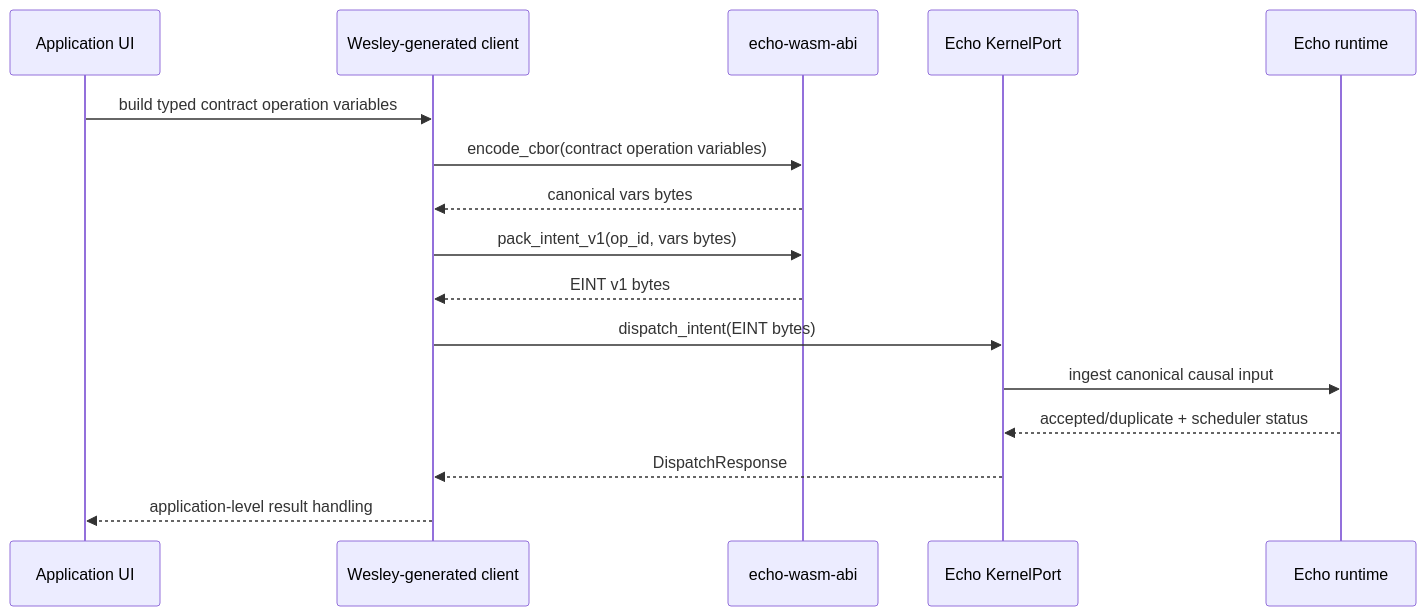
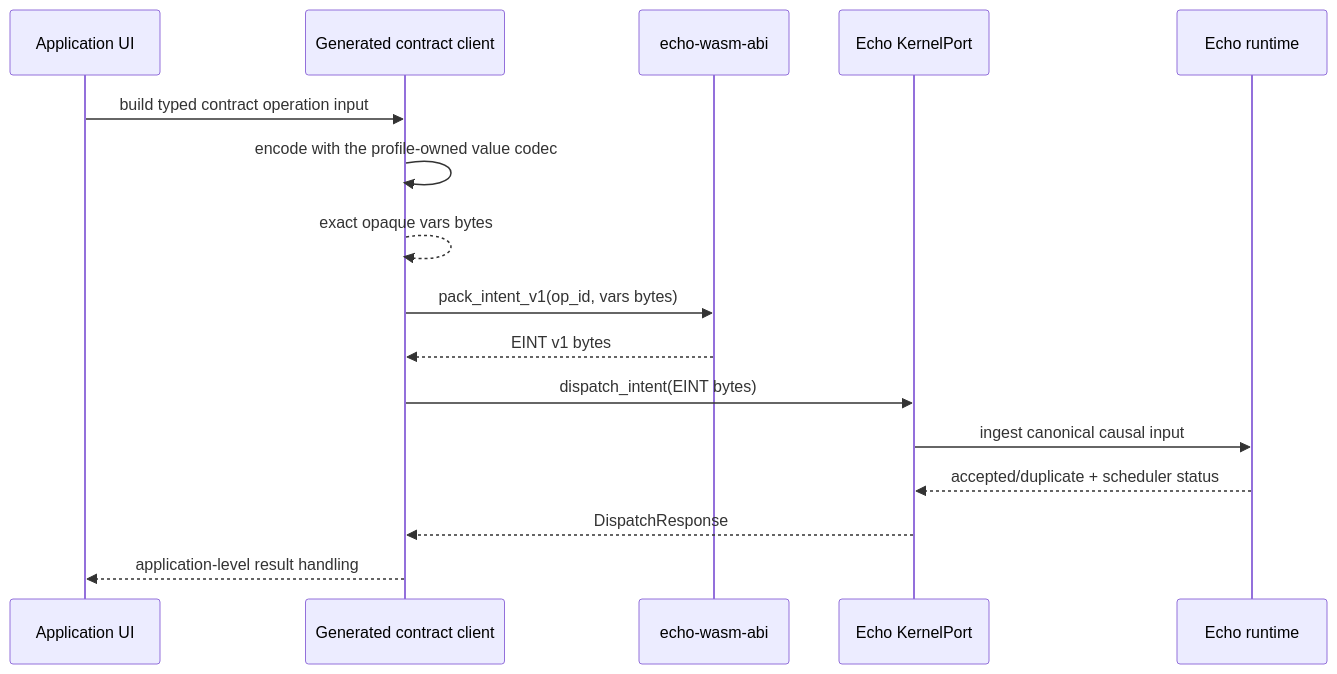
Before and after one commit to flyingrobots/echo: the second of 8 diagrams in docs/architecture/application-contract-hosting.md, drawn with Mermaid. The commit also changed other lines of this file and 83 other files, not shown here.

````diff
--- a/docs/architecture/application-contract-hosting.md
+++ b/docs/architecture/application-contract-hosting.md
@@ -506,19 +537,19 @@
 ```mermaid
 sequenceDiagram
     participant UI as Application UI
-    participant Gen as Wesley-generated client
+    participant Gen as Generated contract client
     participant ABI as echo-wasm-abi
     participant Echo as Echo KernelPort
     participant Runtime as Echo runtime
 
-    UI->>Gen: build typed contract operation variables
-    Gen->>ABI: encode_cbor(contract operation variables)
-    ABI-->>Gen: canonical vars bytes
+    UI->>Gen: build typed contract operation input
+    Gen->>Gen: encode with the profile-owned value codec
+    Gen-->>Gen: exact opaque vars bytes
     Gen->>ABI: pack_intent_v1(op_id, vars bytes)
     ABI-->>Gen: EINT v1 bytes
     Gen->>Echo: dispatch_intent(EINT bytes)
     Echo->>Runtime: ingest canonical causal input
     Runtime-->>Echo: accepted/duplicate + scheduler status
     Echo-->>Gen: DispatchResponse
     Gen-->>UI: application-level result handling
 ```
````
